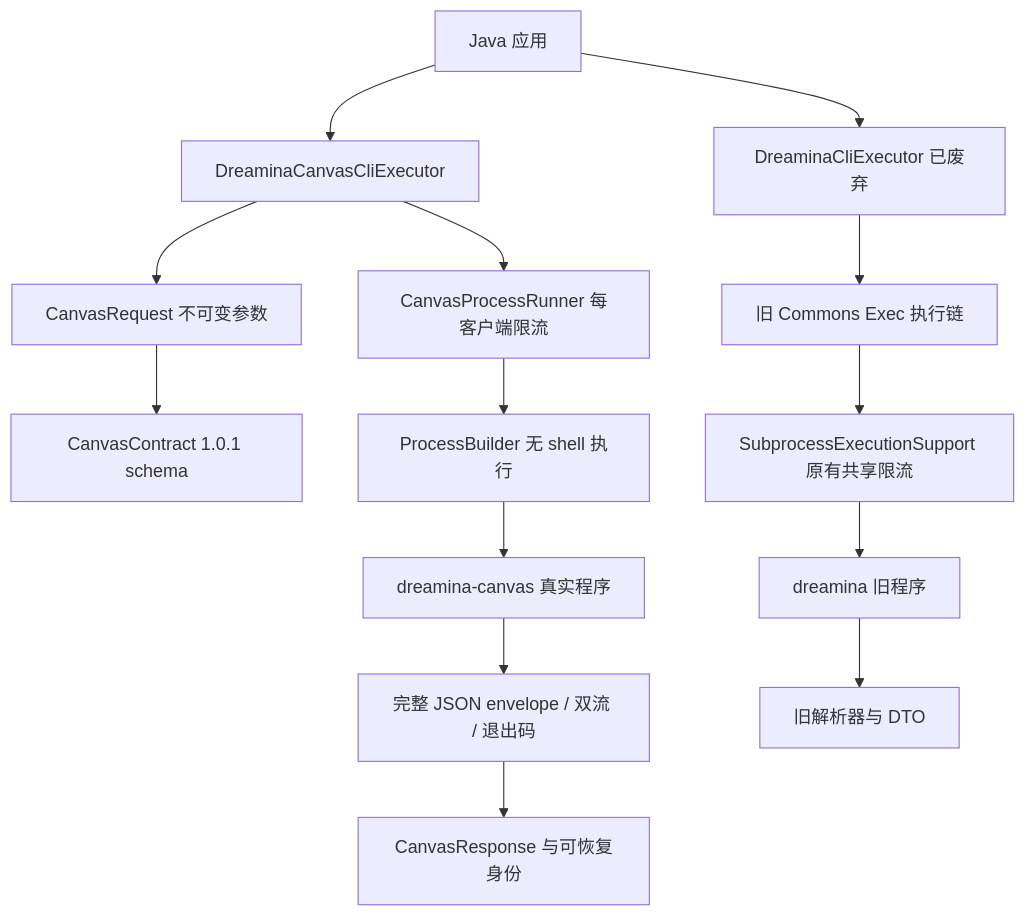
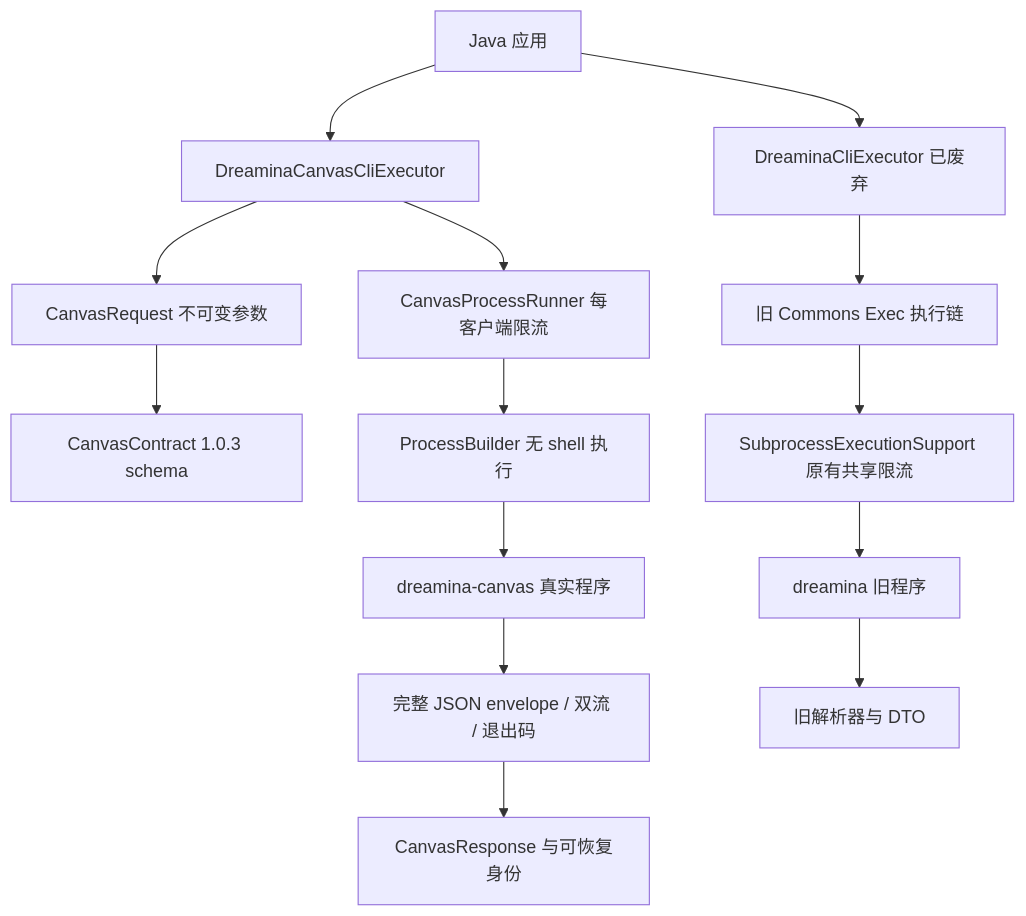
One commit to easy-4-java/dreamina-java-sdk changed the diagram in docs/DREAMINA_CANVAS_ACCEPTANCE.md. Above: the diagram before and after it, drawn with Mermaid. The commit also changed other lines of this file and 68 other files, not shown here.

````diff
--- a/docs/DREAMINA_CANVAS_ACCEPTANCE.md
+++ b/docs/DREAMINA_CANVAS_ACCEPTANCE.md
@@ -23,16 +23,16 @@
 ```mermaid
 flowchart TB
     App[Java 应用] --> Canvas[DreaminaCanvasCliExecutor]
     App --> Legacy[DreaminaCliExecutor 已废弃]
     Canvas --> Request[CanvasRequest 不可变参数]
-    Request --> Contract[CanvasContract 1.0.1 schema]
+    Request --> Contract[CanvasContract 1.0.3 schema]
     Canvas --> Runner[CanvasProcessRunner 每客户端限流]
     Runner --> Process[ProcessBuilder 无 shell 执行]
     Process --> Binary[dreamina-canvas 真实程序]
     Binary --> Envelope[完整 JSON envelope / 双流 / 退出码]
     Envelope --> Response[CanvasResponse 与可恢复身份]
     Legacy --> Commons[旧 Commons Exec 执行链]
     Commons --> Shared[SubprocessExecutionSupport 原有共享限流]
     Shared --> Old[dreamina 旧程序]
     Old --> Parser[旧解析器与 DTO]
 ```
````
